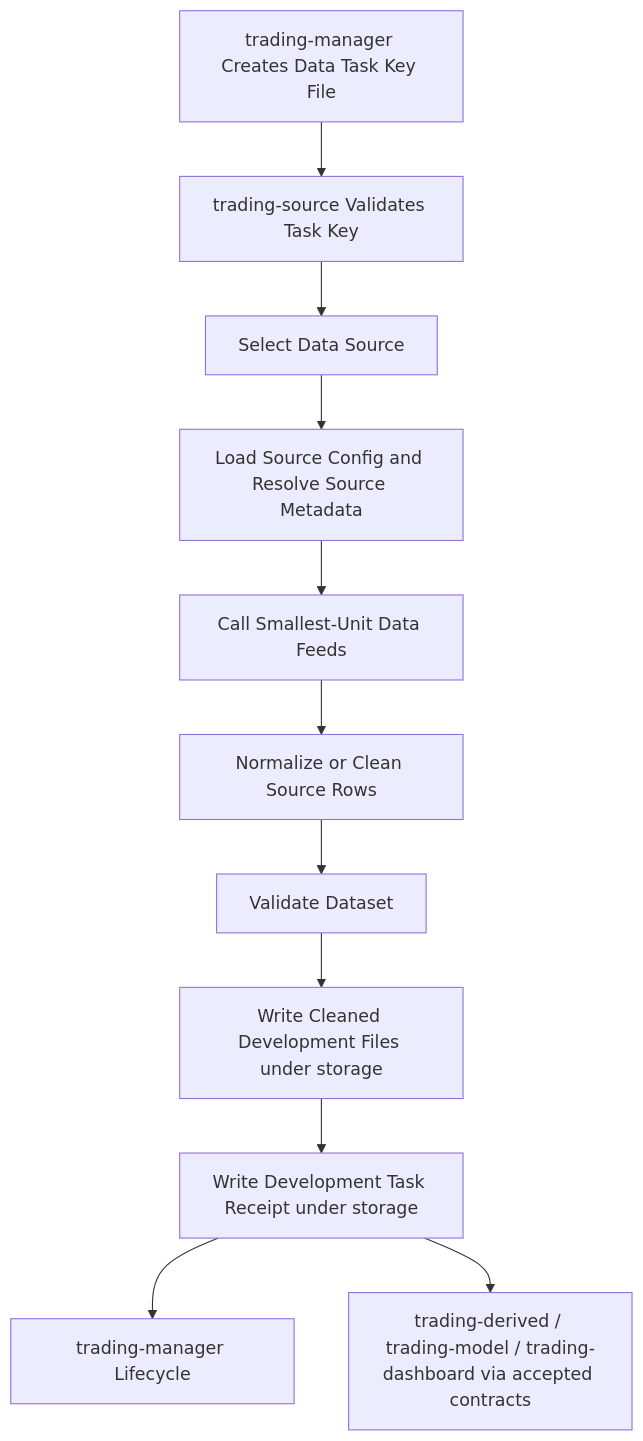
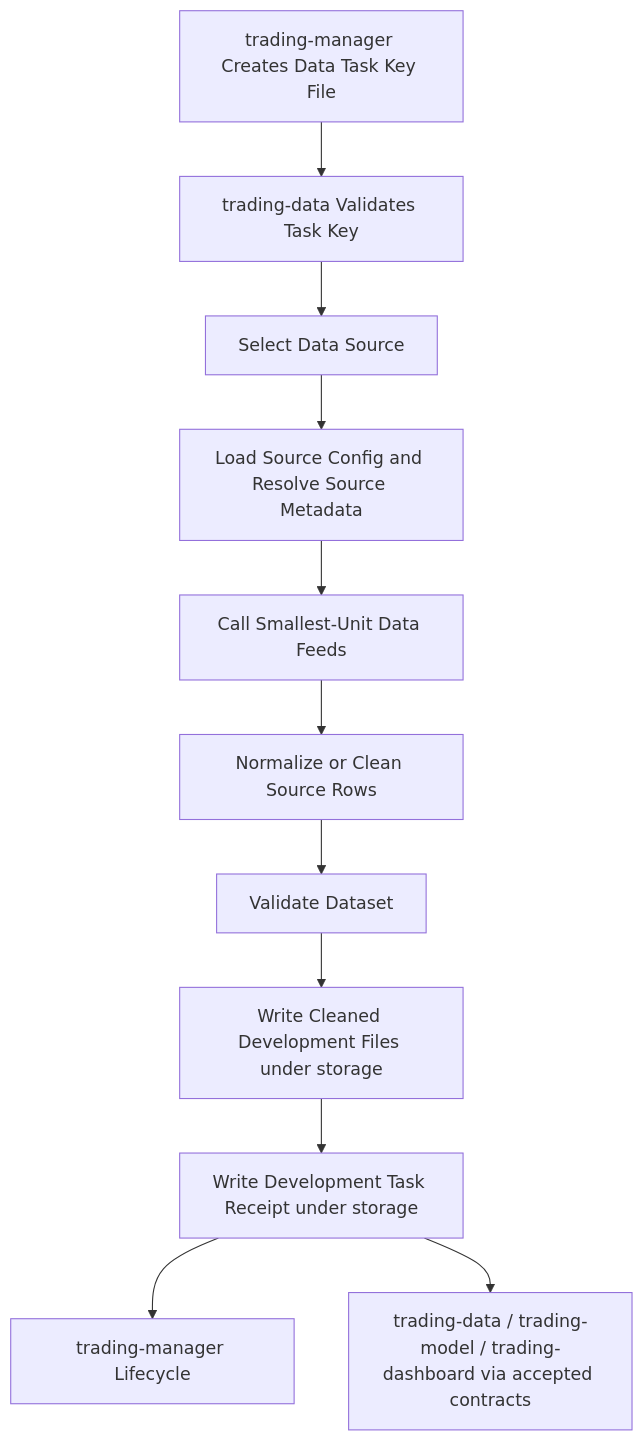
One commit to gilmore307/trading-data changed the diagram in docs/02_workflow.md. Above: the diagram before and after it, drawn with Mermaid. The commit also changed other lines of this file and 60 other files, not shown here.

Commit message:
Merge source and feature pipelines into trading-data

````diff
--- a/docs/02_workflow.md
+++ b/docs/02_workflow.md
@@ -33,13 +33,13 @@
 ```mermaid
 flowchart TD
-  A[trading-manager Creates Data Task Key File] --> B[trading-source Validates Task Key]
+  A[trading-manager Creates Data Task Key File] --> B[trading-data Validates Task Key]
   B --> C[Select Data Source]
   C --> D[Load Source Config and Resolve Source Metadata]
   D --> E[Call Smallest-Unit Data Feeds]
   E --> F[Normalize or Clean Source Rows]
   F --> G[Validate Dataset]
   G --> H[Write Cleaned Development Files under storage]
   H --> I[Write Development Task Receipt under storage]
   I --> J[trading-manager Lifecycle]
-  I --> K[trading-derived / trading-model / trading-dashboard via accepted contracts]
+  I --> K[trading-data / trading-model / trading-dashboard via accepted contracts]
 ```
````
